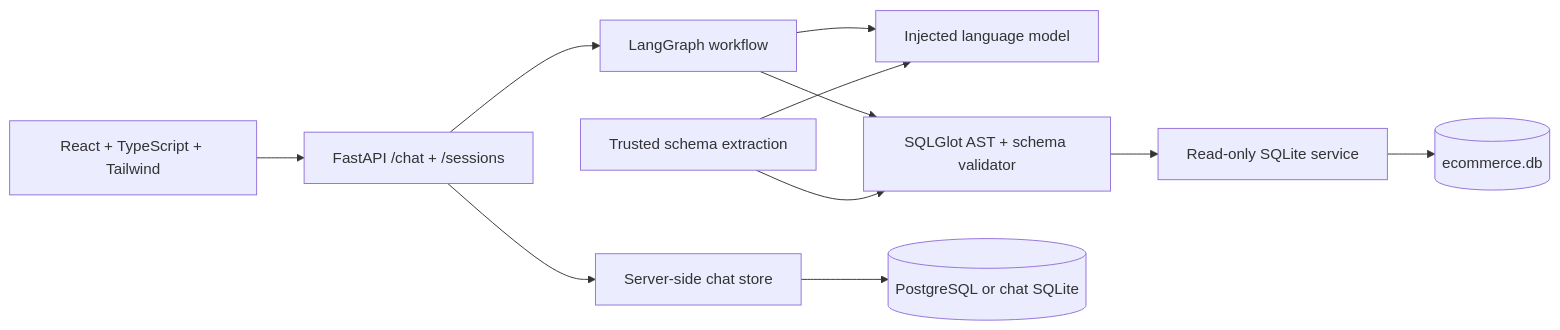
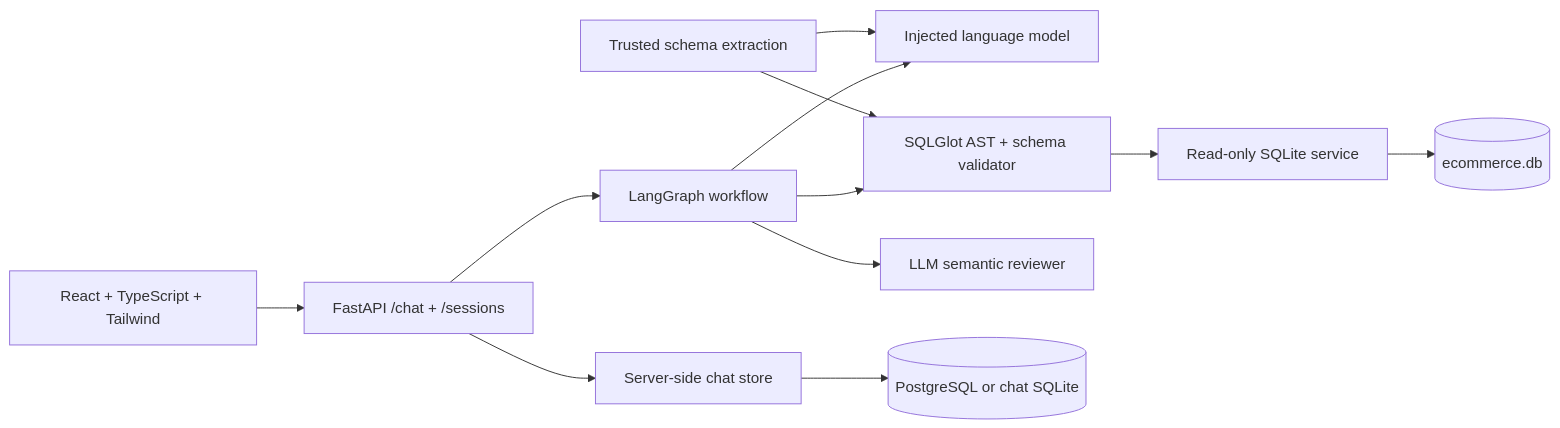
One commit to Mainamanhoon/SQL-Query-AI-Agent changed the first of 2 diagrams in README.md. Above: the diagram before and after it, drawn with Mermaid. The commit also changed other lines of this file and 9 other files, not shown here.

````diff
--- a/README.md
+++ b/README.md
@@ -94,13 +94,14 @@
 ```mermaid
 flowchart LR
     UI[React + TypeScript + Tailwind] --> API[FastAPI /chat + /sessions]
     API --> G[LangGraph workflow]
     G --> M[Injected language model]
     G --> V[SQLGlot AST + schema validator]
+    G --> Q[LLM semantic reviewer]
     V --> DB[Read-only SQLite service]
     DB --> DATA[(ecommerce.db)]
     API --> CS[Server-side chat store]
     CS --> CHAT[(PostgreSQL or chat SQLite)]
     S[Trusted schema extraction] --> V
     S --> M
 ```
````
